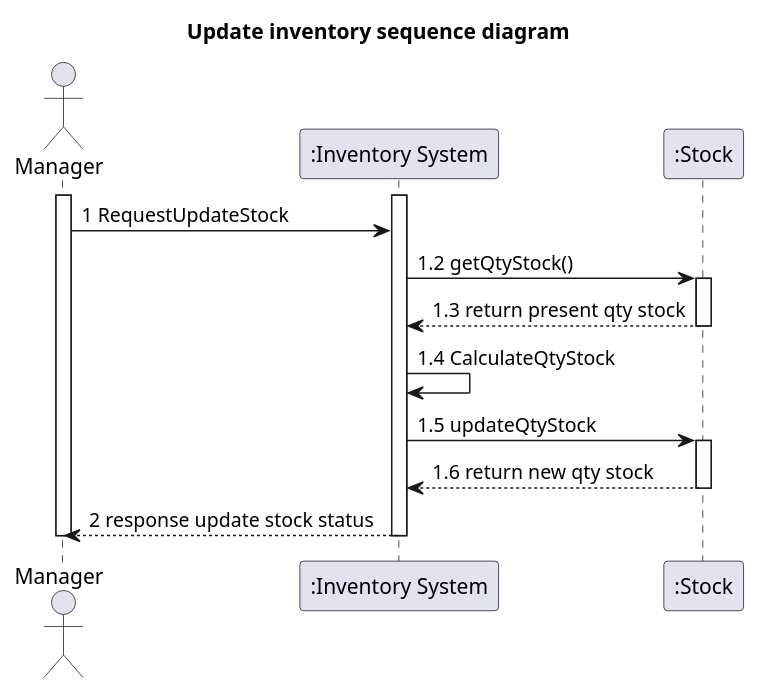
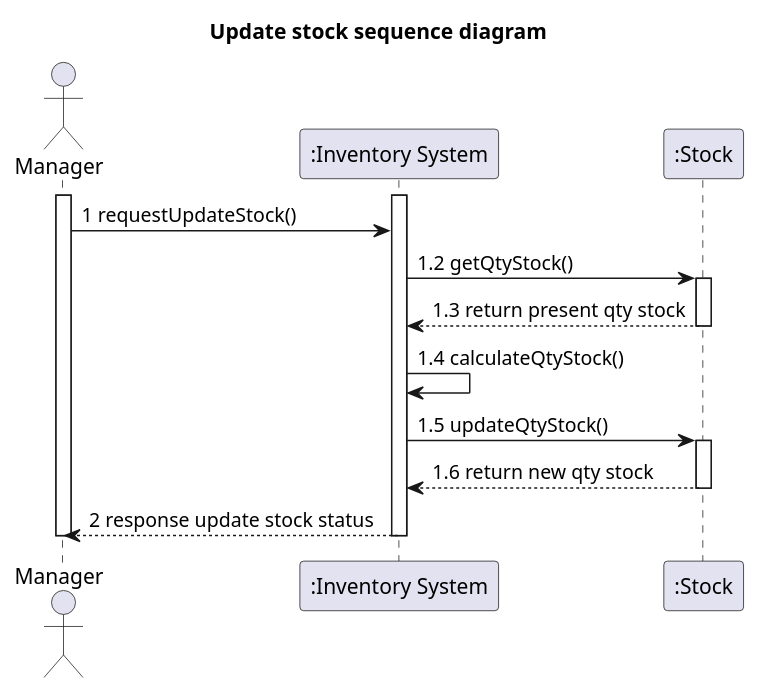
The diagram in system-analysis/sequence/_1_3_sequence-update-stock.puml (billowdev/inventory-system-plantuml-sequelize-seeder-example), drawn with PlantUML before and after one commit. The commit also changed 22 other files, not shown here.

Commit message:
update sequence refactor to lowwer case

```diff
--- a/system-analysis/sequence/_1_3_sequence-update-stock.puml
+++ b/system-analysis/sequence/_1_3_sequence-update-stock.puml
@@ -1,36 +1,36 @@
 @startuml
 'https://plantuml.com/sequence-diagram
 
-title Update inventory sequence diagram
+title Update stock sequence diagram
 
 actor Manager as actorManager
 participant ":Inventory System" as InventorySystem
 participant ":Stock" as classStock
 
 activate actorManager
 activate InventorySystem
 
-actorManager -> InventorySystem : 1 RequestUpdateStock
+actorManager -> InventorySystem : 1 requestUpdateStock()
 
 InventorySystem -> classStock: 1.2 getQtyStock()
 activate classStock
 
 classStock --> InventorySystem: 1.3 return present qty stock
 deactivate classStock
 
 
-InventorySystem -> InventorySystem :  1.4 CalculateQtyStock
+InventorySystem -> InventorySystem :  1.4 calculateQtyStock()
 
 
-InventorySystem -> classStock: 1.5 updateQtyStock
+InventorySystem -> classStock: 1.5 updateQtyStock()
 activate classStock
 
 classStock --> InventorySystem: 1.6 return new qty stock
 deactivate classStock
 
 InventorySystem  --> actorManager : 2 response update stock status
 deactivate InventorySystem
 
 deactivate actorManager
 
 @enduml
```
